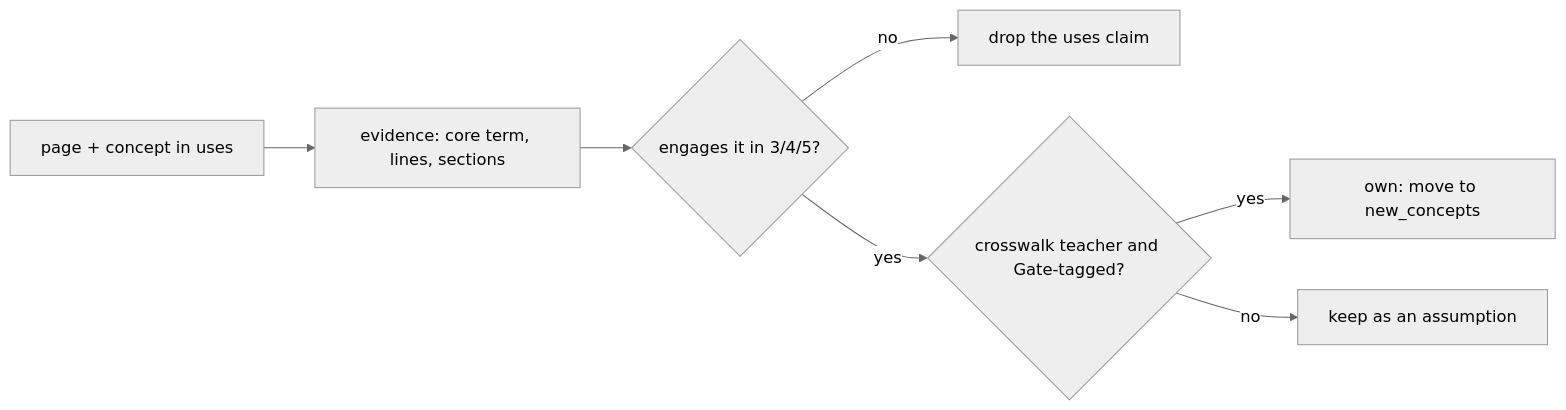
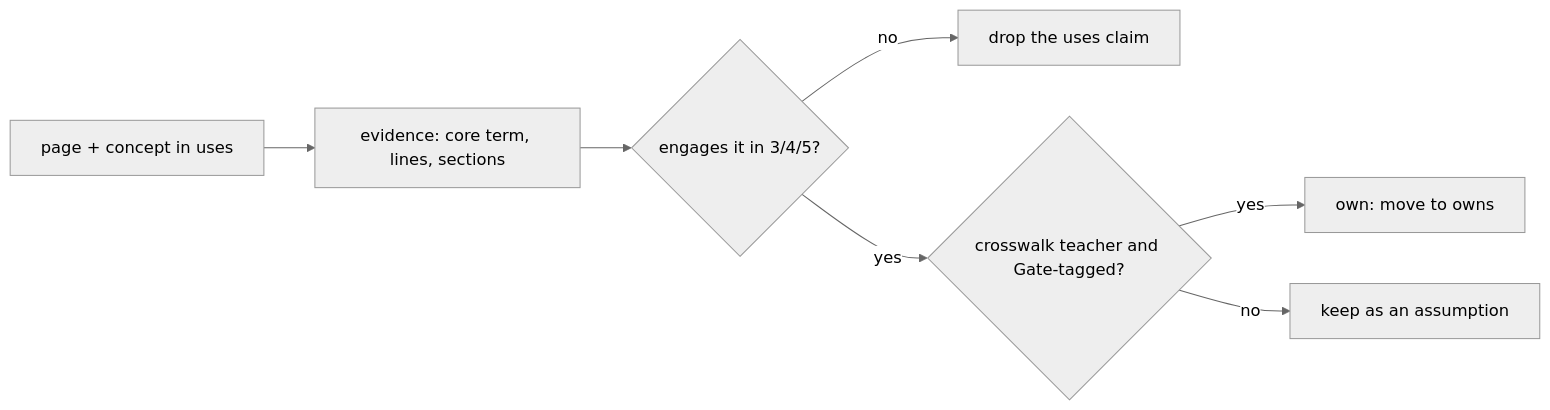
Before and after one commit to TLE47/Mechatronics-Roadmap: the diagram in docs/PASSING_MENTIONS.md, drawn with Mermaid (neutral theme). The commit also changed other lines of this file and 14 other files, not shown here.

First line of the commit message:
Own two re-taught legacy concepts instead of assuming them

````diff
--- a/docs/PASSING_MENTIONS.md
+++ b/docs/PASSING_MENTIONS.md
@@ -17,9 +18,9 @@
 ```mermaid
 flowchart LR
     P["page + concept in uses"] --> E["evidence: core term, lines, sections"]
     E --> Q{"engages it in 3/4/5?"}
     Q -->|no| D["drop the uses claim"]
     Q -->|yes| T{"crosswalk teacher and Gate-tagged?"}
-    T -->|yes| O["own: move to new_concepts"]
+    T -->|yes| O["own: move to owns"]
     T -->|no| K["keep as an assumption"]
 ```
````
